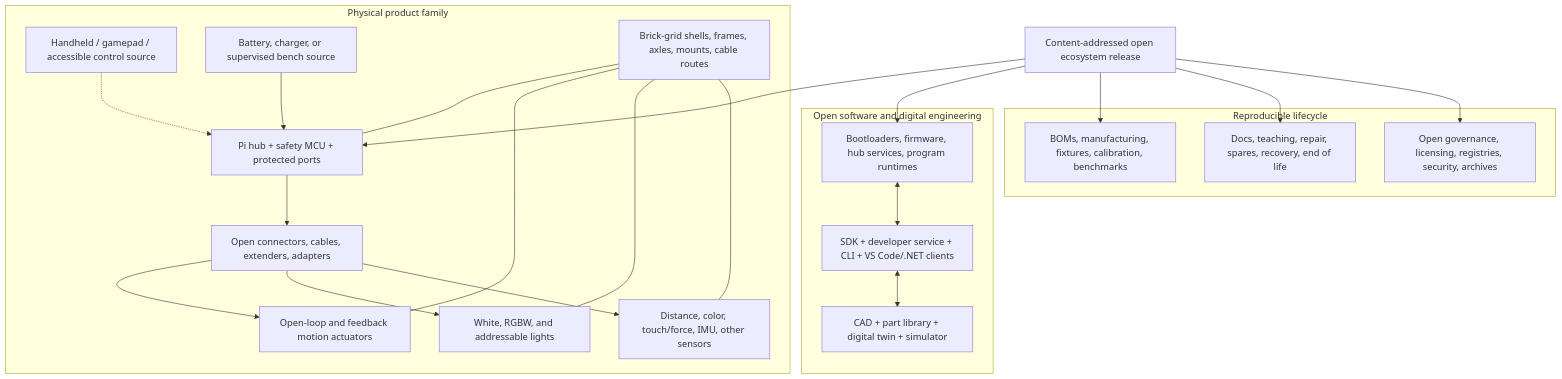
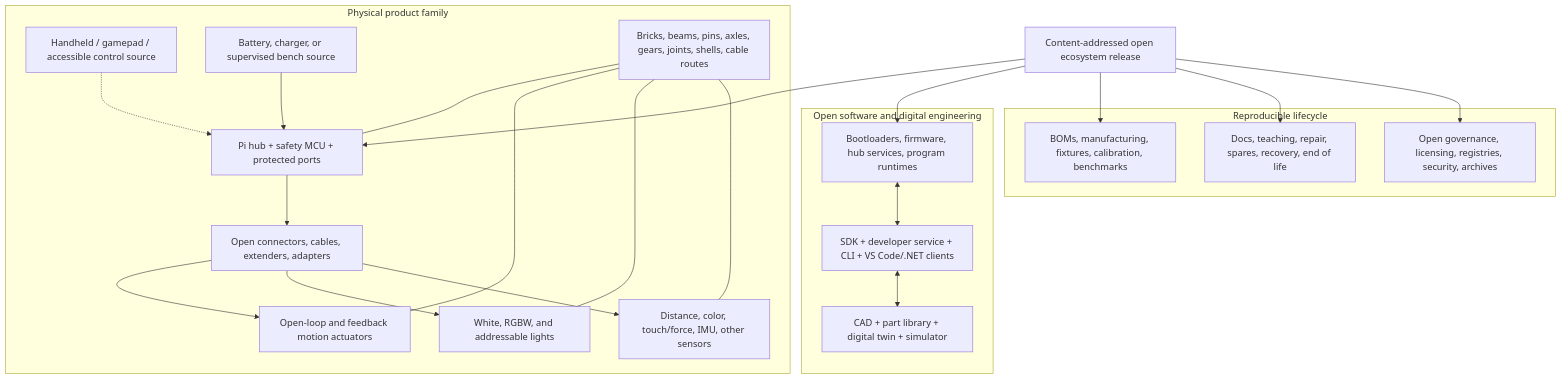
One commit to volzinnovation/brickcontroller2 changed the second of 2 diagrams in spec/ombr/0.1/OMBR-SPEC.md. Above: the diagram before and after it, drawn with Mermaid. The commit also changed other lines of this file and 10 other files, not shown here.

```diff
--- a/spec/ombr/0.1/OMBR-SPEC.md
+++ b/spec/ombr/0.1/OMBR-SPEC.md
@@ -394,45 +320,45 @@
 ~~~mermaid
 flowchart TB
     RELEASE["Content-addressed open ecosystem release"]
 
     subgraph Physical["Physical product family"]
         INPUT["Handheld / gamepad / accessible control source"]
         POWER["Battery, charger, or supervised bench source"]
         HUB["Pi hub + safety MCU + protected ports"]
         CABLE["Open connectors, cables, extenders, adapters"]
         ACT["Open-loop and feedback motion actuators"]
         LIGHT["White, RGBW, and addressable lights"]
         SENSOR["Distance, color, touch/force, IMU, other sensors"]
-        MECH["Brick-grid shells, frames, axles, mounts, cable routes"]
+        MECH["Bricks, beams, pins, axles, gears, joints, shells, cable routes"]
         INPUT -.-> HUB
         POWER --> HUB
         HUB --> CABLE
         CABLE --> ACT
         CABLE --> LIGHT
         CABLE --> SENSOR
         MECH --- HUB
         MECH --- ACT
         MECH --- LIGHT
         MECH --- SENSOR
     end
 
     subgraph Software["Open software and digital engineering"]
         FW["Bootloaders, firmware, hub services, program runtimes"]
         TOOLS["SDK + developer service + CLI + VS Code/.NET clients"]
         TWIN2["CAD + part library + digital twin + simulator"]
         FW <--> TOOLS
         TOOLS <--> TWIN2
     end
 
     subgraph Lifecycle["Reproducible lifecycle"]
         MAKE["BOMs, manufacturing, fixtures, calibration, benchmarks"]
         CARE["Docs, teaching, repair, spares, recovery, end of life"]
         GOV2["Open governance, licensing, registries, security, archives"]
     end
 
     RELEASE --> HUB
     RELEASE --> FW
     RELEASE --> MAKE
     RELEASE --> CARE
     RELEASE --> GOV2
 ~~~
```
